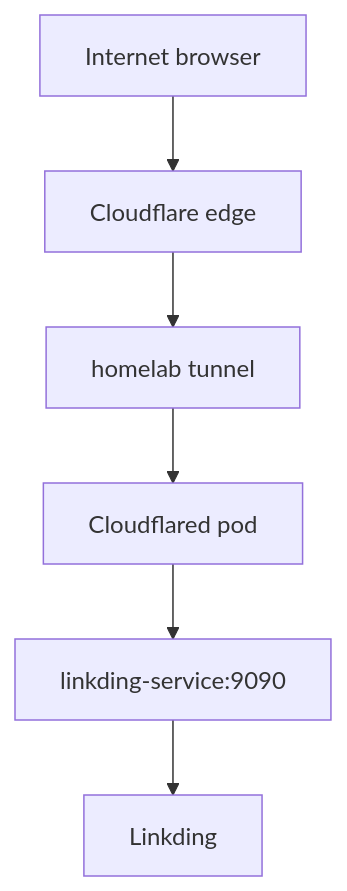
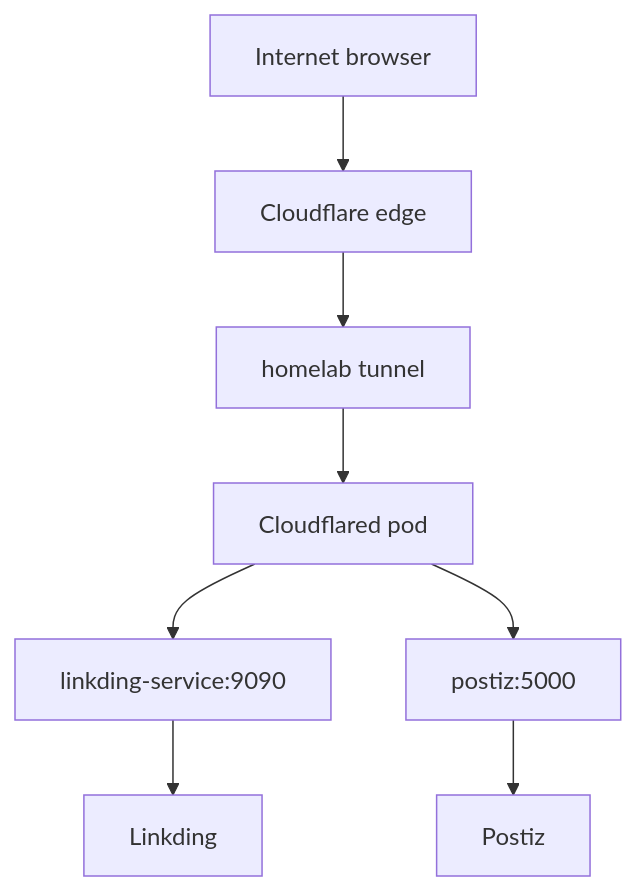
The second of 2 diagrams in docs/architecture/traffic-flow.md (HYP3R00T/homelab), drawn with Mermaid before and after one commit. The commit also changed other lines of this file and 27 other files, not shown here.

````diff
--- a/docs/architecture/traffic-flow.md
+++ b/docs/architecture/traffic-flow.md
@@ -28,8 +29,10 @@
 ```mermaid
 flowchart TB
     Browser[Internet browser] --> Edge[Cloudflare edge]
     Edge --> Tunnel[homelab tunnel]
     Tunnel --> Connector[Cloudflared pod]
-    Connector --> Service[linkding-service:9090]
-    Service --> App[Linkding]
+    Connector --> LinkdingService[linkding-service:9090]
+    Connector --> PostizService[postiz:5000]
+    LinkdingService --> Linkding[Linkding]
+    PostizService --> Postiz[Postiz]
 ```
````
